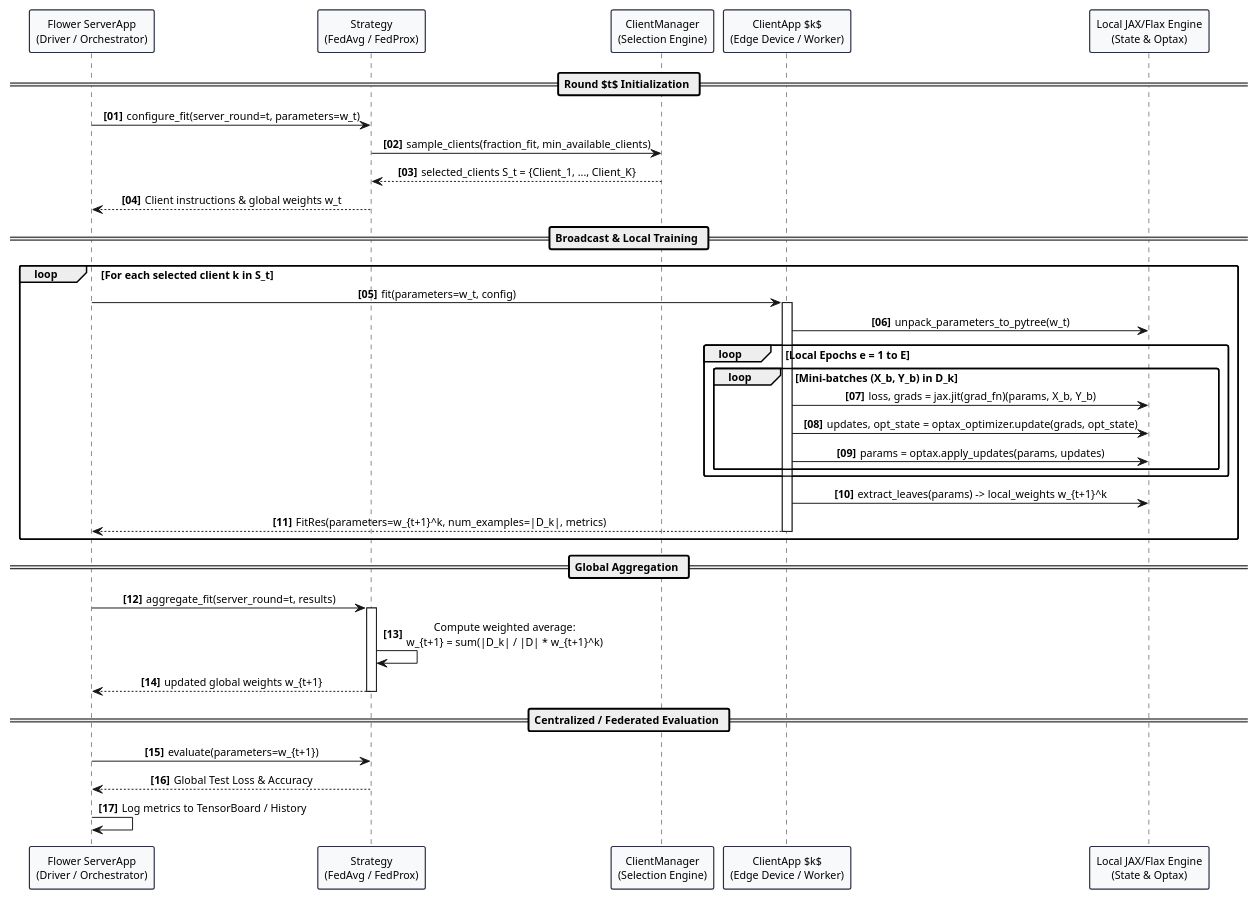
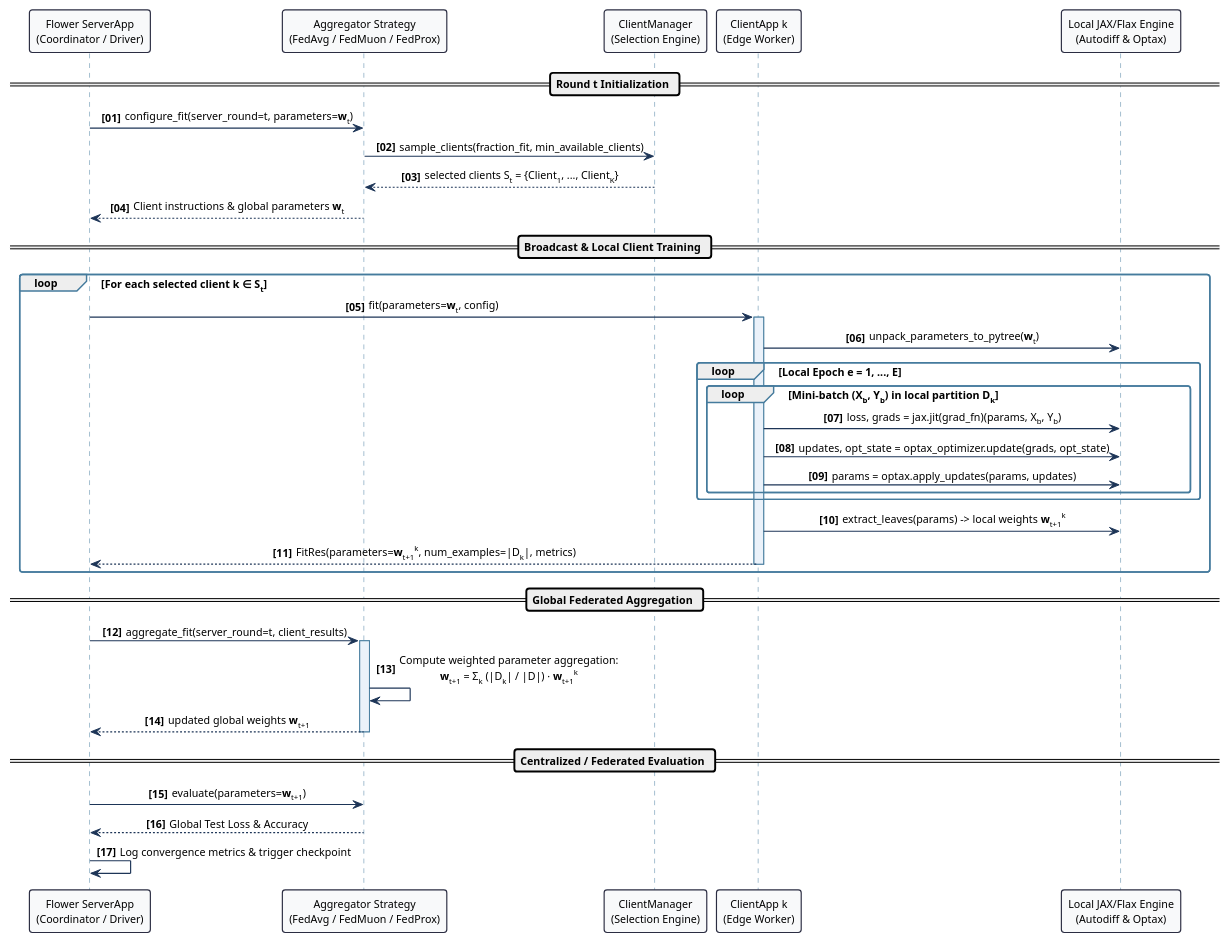
Before and after one commit to bernardbdas/research: the diagram in diagrams/02-sequence-diagrams/fl_training_round.puml, drawn with PlantUML. The commit also changed 113 other files, not shown here.

```diff
--- a/diagrams/02-sequence-diagrams/fl_training_round.puml
+++ b/diagrams/02-sequence-diagrams/fl_training_round.puml
@@ -1,60 +1,68 @@
 @startuml fl_training_round
 skinparam monochrome false
 skinparam shadowing false
-skinparam roundcorner 4
+skinparam roundcorner 6
 skinparam defaultFontName "Helvetica"
 skinparam defaultFontSize 11
 skinparam sequenceMessageAlign center
 
 skinparam participant {
     BackgroundColor #F8F9FA
     BorderColor #2B2D42
     BorderThickness 1.2
 }
 
+skinparam sequence {
+    ArrowColor #1D3557
+    ArrowThickness 1.2
+    LifeLineBorderColor #457B9D
+    LifeLineBackgroundColor #EBF2FA
+    GroupBorderColor #457B9D
+}
+
 autonumber "<b>[00]</b>"
 
-participant "Flower ServerApp\n(Driver / Orchestrator)" as Server
-participant "Strategy\n(FedAvg / FedProx)" as Strategy
+participant "Flower ServerApp\n(Coordinator / Driver)" as Server
+participant "Aggregator Strategy\n(FedAvg / FedMuon / FedProx)" as Strategy
 participant "ClientManager\n(Selection Engine)" as CM
-participant "ClientApp $k$\n(Edge Device / Worker)" as Client
-participant "Local JAX/Flax Engine\n(State & Optax)" as JAX
+participant "ClientApp k\n(Edge Worker)" as Client
+participant "Local JAX/Flax Engine\n(Autodiff & Optax)" as JAX
 
-== Round $t$ Initialization ==
-Server -> Strategy : configure_fit(server_round=t, parameters=w_t)
+== Round t Initialization ==
+Server -> Strategy : configure_fit(server_round=t, parameters=<b>w</b><sub>t</sub>)
 Strategy -> CM : sample_clients(fraction_fit, min_available_clients)
-CM --> Strategy : selected_clients S_t = {Client_1, ..., Client_K}
-Strategy --> Server : Client instructions & global weights w_t
+CM --> Strategy : selected clients S<sub>t</sub> = {Client<sub>1</sub>, ..., Client<sub>K</sub>}
+Strategy --> Server : Client instructions & global parameters <b>w</b><sub>t</sub>
 
-== Broadcast & Local Training ==
-loop For each selected client k in S_t
-    Server -> Client : fit(parameters=w_t, config)
+== Broadcast & Local Client Training ==
+loop For each selected client k ∈ S<sub>t</sub>
+    Server -> Client : fit(parameters=<b>w</b><sub>t</sub>, config)
     activate Client
-    Client -> JAX : unpack_parameters_to_pytree(w_t)
+    Client -> JAX : unpack_parameters_to_pytree(<b>w</b><sub>t</sub>)
 
-    loop Local Epochs e = 1 to E
-        loop Mini-batches (X_b, Y_b) in D_k
-            Client -> JAX : loss, grads = jax.jit(grad_fn)(params, X_b, Y_b)
+    loop Local Epoch e = 1, ..., E
+        loop Mini-batch (X<sub>b</sub>, Y<sub>b</sub>) in local partition D<sub>k</sub>
+            Client -> JAX : loss, grads = jax.jit(grad_fn)(params, X<sub>b</sub>, Y<sub>b</sub>)
             Client -> JAX : updates, opt_state = optax_optimizer.update(grads, opt_state)
             Client -> JAX : params = optax.apply_updates(params, updates)
         end
     end
 
-    Client -> JAX : extract_leaves(params) -> local_weights w_{t+1}^k
-    Client --> Server : FitRes(parameters=w_{t+1}^k, num_examples=|D_k|, metrics)
+    Client -> JAX : extract_leaves(params) -> local weights <b>w</b><sub>t+1</sub><sup>k</sup>
+    Client --> Server : FitRes(parameters=<b>w</b><sub>t+1</sub><sup>k</sup>, num_examples=|D<sub>k</sub>|, metrics)
     deactivate Client
 end
 
-== Global Aggregation ==
-Server -> Strategy : aggregate_fit(server_round=t, results)
+== Global Federated Aggregation ==
+Server -> Strategy : aggregate_fit(server_round=t, client_results)
 activate Strategy
-Strategy -> Strategy : Compute weighted average:\nw_{t+1} = sum(|D_k| / |D| * w_{t+1}^k)
-Strategy --> Server : updated global weights w_{t+1}
+Strategy -> Strategy : Compute weighted parameter aggregation:\n<b>w</b><sub>t+1</sub> = Σ<sub>k</sub> (|D<sub>k</sub>| / |D|) · <b>w</b><sub>t+1</sub><sup>k</sup>
+Strategy --> Server : updated global weights <b>w</b><sub>t+1</sub>
 deactivate Strategy
 
 == Centralized / Federated Evaluation ==
-Server -> Strategy : evaluate(parameters=w_{t+1})
+Server -> Strategy : evaluate(parameters=<b>w</b><sub>t+1</sub>)
 Strategy --> Server : Global Test Loss & Accuracy
-Server -> Server : Log metrics to TensorBoard / History
+Server -> Server : Log convergence metrics & trigger checkpoint
 
 @enduml
```
